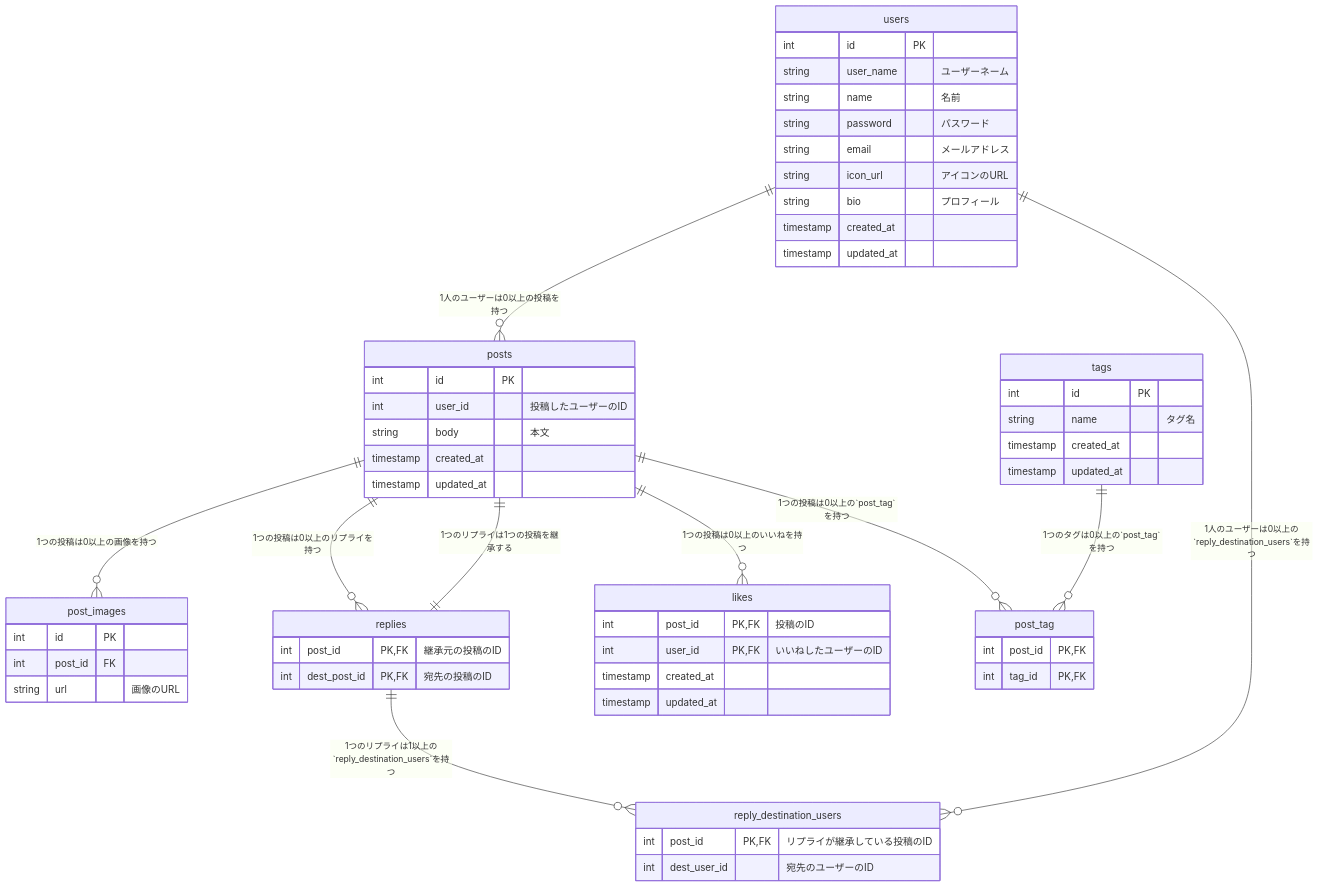
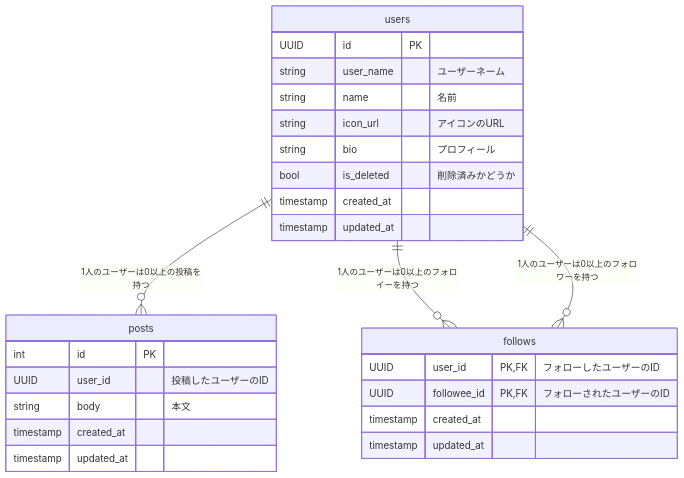
Before and after one commit to kngnkg/tunetrail-proto: the diagram in README.md, drawn with Mermaid. The commit also changed other lines of this file, not shown here.

````diff
--- a/README.md
+++ b/README.md
@@ -29,69 +29,35 @@
 ```mermaid
 erDiagram
 
 users {
-    int id PK
+    UUID id PK
     string user_name "ユーザーネーム"
     string name "名前"
-    string password "パスワード"
-    string email "メールアドレス"
     string icon_url "アイコンのURL"
     string bio "プロフィール"
+    bool is_deleted "削除済みかどうか"
+    timestamp created_at
+    timestamp updated_at
+}
+
+follows {
+    UUID user_id PK,FK "フォローしたユーザーのID"
+    UUID followee_id PK,FK "フォローされたユーザーのID"
     timestamp created_at
     timestamp updated_at
 }
 
 posts {
     int id PK
-    int user_id "投稿したユーザーのID"
+    UUID user_id "投稿したユーザーのID"
     string body "本文"
     timestamp created_at
     timestamp updated_at
 }
 
-post_images {
-    int id PK
-    int post_id FK
-    string url "画像のURL"
-}
-
-replies {
-    int post_id PK,FK "継承元の投稿のID"
-    int dest_post_id PK,FK "宛先の投稿のID"
-}
-
-reply_destination_users {
-    int post_id PK,FK "リプライが継承している投稿のID"
-    int dest_user_id "宛先のユーザーのID"
-}
-
-likes {
-    int post_id PK,FK "投稿のID"
-    int user_id PK,FK "いいねしたユーザーのID"
-    timestamp created_at
-    timestamp updated_at
-}
-
-post_tag {
-    int post_id PK,FK
-    int tag_id PK,FK
-}
-
-tags {
-    int id PK
-    string name "タグ名"
-    timestamp created_at
-    timestamp updated_at
-}
 
 users ||--o{ posts : "1人のユーザーは0以上の投稿を持つ"
-posts ||--o{ post_images: "1つの投稿は0以上の画像を持つ"
-posts ||--o{ replies : "1つの投稿は0以上のリプライを持つ"
-posts ||--|| replies : "1つのリプライは1つの投稿を継承する"
-posts ||--o{ likes : "1つの投稿は0以上のいいねを持つ"
-posts ||--o{ post_tag : "1つの投稿は0以上の`post_tag`を持つ"
-tags ||--o{ post_tag : "1つのタグは0以上の`post_tag`を持つ"
-replies ||--o{ reply_destination_users: "1つのリプライは1以上の`reply_destination_users`を持つ"
-users ||--o{ reply_destination_users: "1人のユーザーは0以上の`reply_destination_users`を持つ"
+users ||--o{ follows : "1人のユーザーは0以上のフォロイーを持つ"
+follows }o--|| users : "1人のユーザーは0以上のフォロワーを持つ"
 
 ```
````
